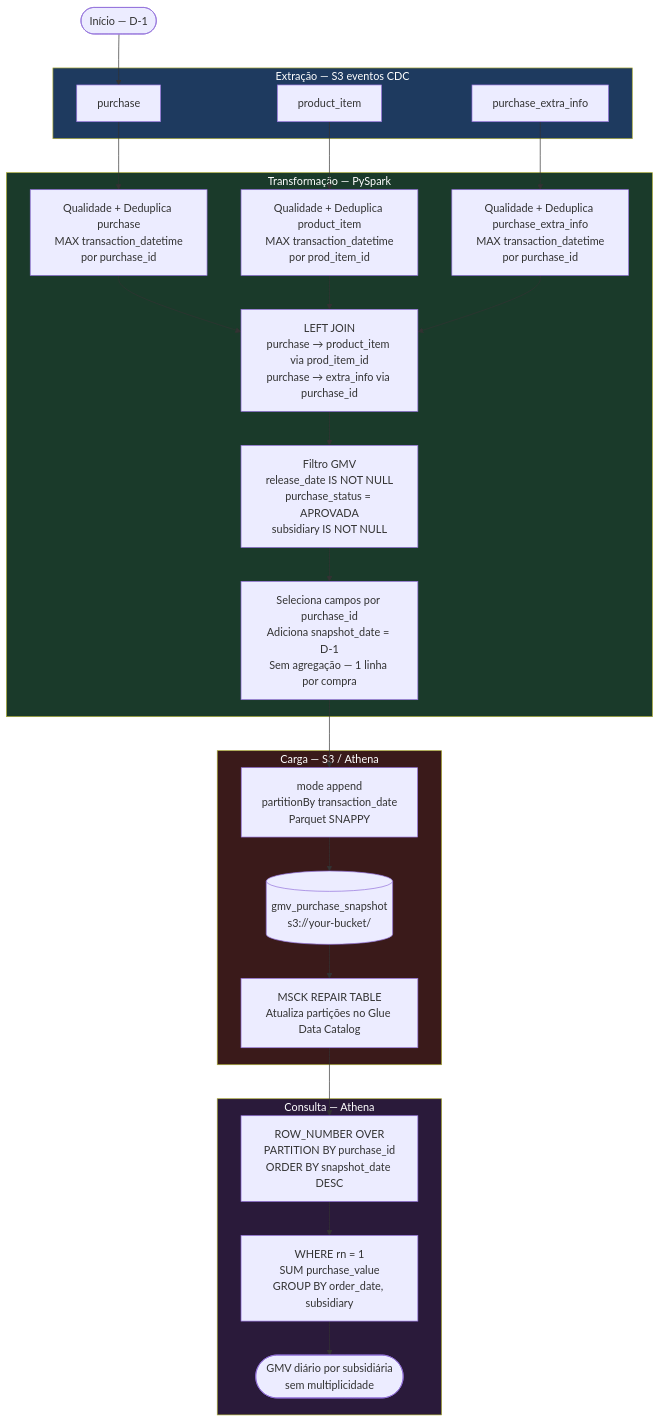
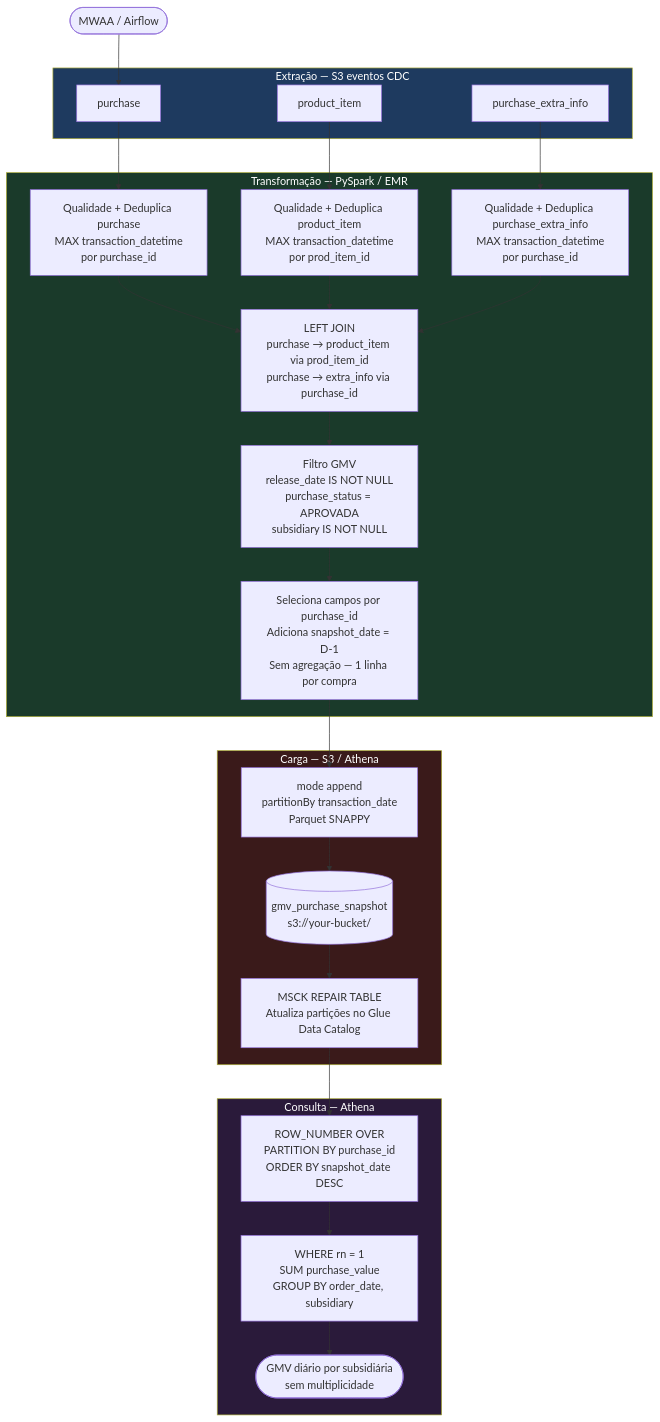
The diagram in diagrams/gmv_flow.md (alexflopez/hotmart-analytics-engineer-challenge), drawn with Mermaid before and after one commit. The commit also changed other lines of this file, not shown here.

Commit message:
docs: atualizar fluxograma com Airflow como ponto de entrada
Adiciona MWAA / Airflow como nó de início do fluxo

````diff
--- a/diagrams/gmv_flow.md
+++ b/diagrams/gmv_flow.md
@@ -3,43 +3,43 @@
 ```mermaid
 flowchart TD
-    A([Início — D-1]) --> B
+    A(["MWAA / Airflow"]) --> B
 
     subgraph EXTRACT["Extração — S3 eventos CDC"]
         B[purchase]
         C[product_item]
         D[purchase_extra_info]
     end
 
     B --> E
     C --> F
     D --> G
 
-    subgraph TRANSFORM["Transformação — PySpark"]
+    subgraph TRANSFORM["Transformação — PySpark / EMR"]
         E["Qualidade + Deduplica purchase\nMAX transaction_datetime\npor purchase_id"]
         F["Qualidade + Deduplica product_item\nMAX transaction_datetime\npor prod_item_id"]
         G["Qualidade + Deduplica purchase_extra_info\nMAX transaction_datetime\npor purchase_id"]
         E --> H
         F --> H
         G --> H
         H["LEFT JOIN\npurchase → product_item via prod_item_id\npurchase → extra_info via purchase_id"]
         H --> I["Filtro GMV\nrelease_date IS NOT NULL\npurchase_status = APROVADA\nsubsidiary IS NOT NULL"]
         I --> J["Seleciona campos por purchase_id\nAdiciona snapshot_date = D-1\nSem agregação — 1 linha por compra"]
     end
 
     subgraph LOAD["Carga — S3 / Athena"]
         J --> K["mode append\npartitionBy transaction_date\nParquet SNAPPY"]
         K --> L[(gmv_purchase_snapshot\ns3://your-bucket/)]
         L --> M["MSCK REPAIR TABLE\nAtualiza partições no Glue Data Catalog"]
     end
 
     subgraph QUERY["Consulta — Athena"]
         M --> N["ROW_NUMBER OVER\nPARTITION BY purchase_id\nORDER BY snapshot_date DESC"]
         N --> O["WHERE rn = 1\nSUM purchase_value\nGROUP BY order_date, subsidiary"]
         O --> P([GMV diário por subsidiária\nsem multiplicidade])
     end
 
     style EXTRACT   fill:#1e3a5f,color:#fff
     style TRANSFORM fill:#1a3a2a,color:#fff
     style LOAD      fill:#3a1a1a,color:#fff
     style QUERY     fill:#2a1a3a,color:#fff
 ```
````
